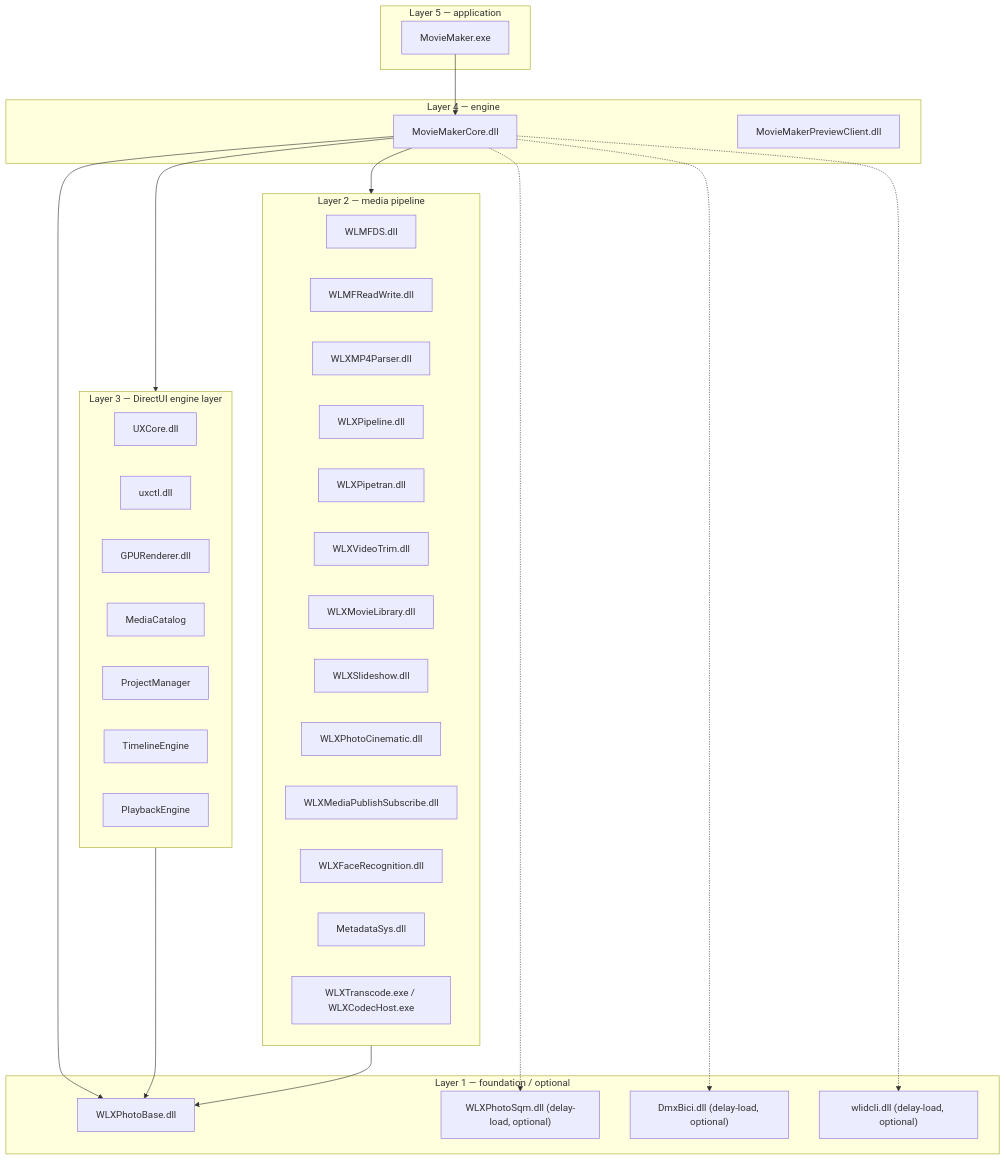
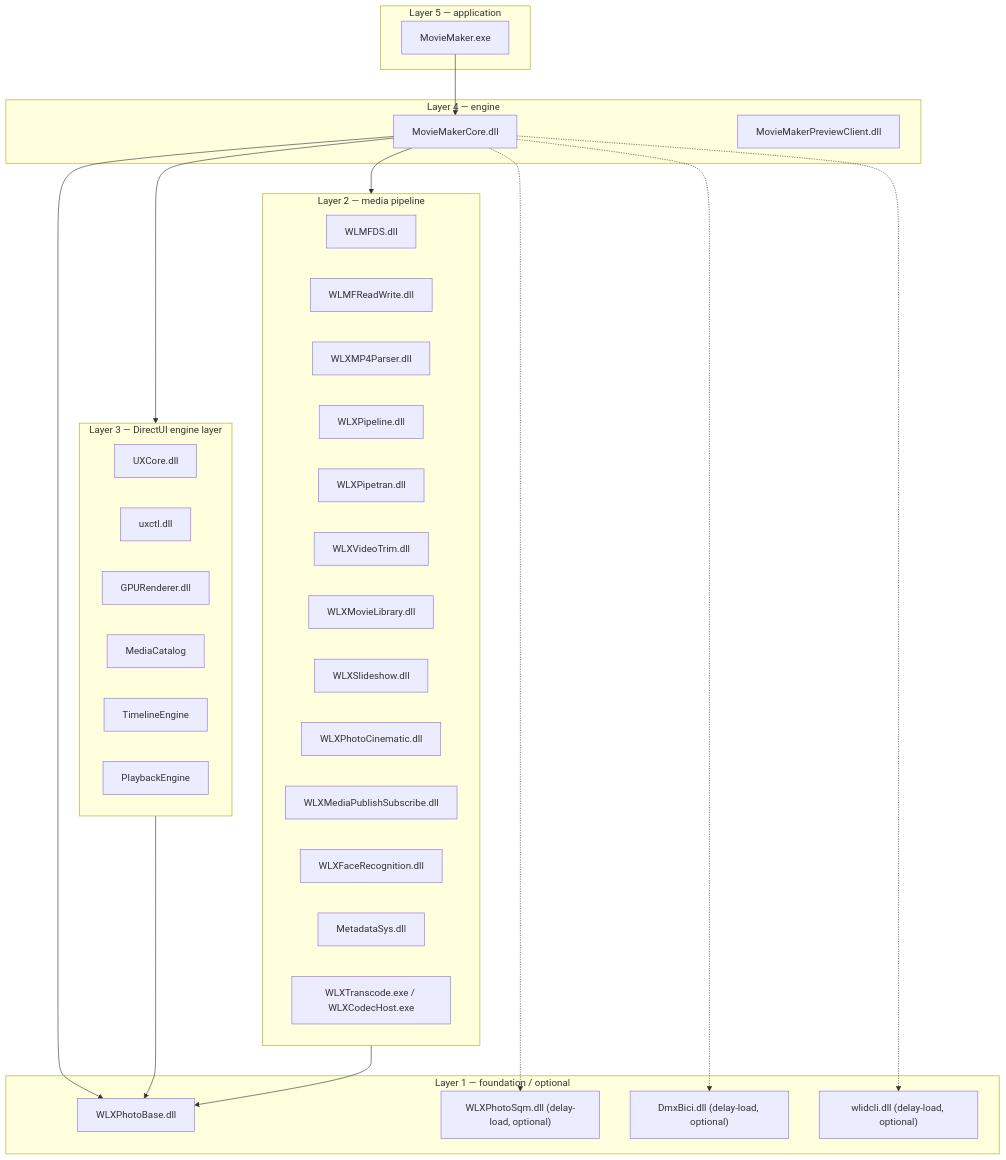
One commit to havaianasdestruido/WindowsMovieMakerDecomp changed the diagram in website/docs/architecture/module-map.md. Above: the diagram before and after it, drawn with Mermaid. The commit also changed other lines of this file and 14 other files, not shown here.

````diff
--- a/website/docs/architecture/module-map.md
+++ b/website/docs/architecture/module-map.md
@@ -50,50 +49,49 @@
 ```mermaid
 flowchart TD
     subgraph L5["Layer 5 — application"]
         MM["MovieMaker.exe"]
     end
     subgraph L4["Layer 4 — engine"]
         CORE["MovieMakerCore.dll"]
         MPC["MovieMakerPreviewClient.dll"]
     end
     subgraph L3["Layer 3 — DirectUI engine layer"]
         UX["UXCore.dll"]
         UXC["uxctl.dll"]
         GPU["GPURenderer.dll"]
         MC["MediaCatalog"]
-        PM["ProjectManager"]
         TE["TimelineEngine"]
         PE["PlaybackEngine"]
     end
     subgraph L2["Layer 2 — media pipeline"]
         MFDS["WLMFDS.dll"]
         MFRW["WLMFReadWrite.dll"]
         MP4["WLXMP4Parser.dll"]
         PIPE["WLXPipeline.dll"]
         PT["WLXPipetran.dll"]
         VT["WLXVideoTrim.dll"]
         ML["WLXMovieLibrary.dll"]
         SL["WLXSlideshow.dll"]
         CIN["WLXPhotoCinematic.dll"]
         MPS["WLXMediaPublishSubscribe.dll"]
         FR["WLXFaceRecognition.dll"]
         MS["MetadataSys.dll"]
         TC["WLXTranscode.exe / WLXCodecHost.exe"]
     end
     subgraph L1["Layer 1 — foundation / optional"]
         PB["WLXPhotoBase.dll"]
         SQM["WLXPhotoSqm.dll (delay-load, optional)"]
         BICI["DmxBici.dll (delay-load, optional)"]
         WLID["wlidcli.dll (delay-load, optional)"]
     end
 
     MM --> CORE
     CORE --> L3
     CORE --> L2
     CORE --> PB
     CORE -.-> SQM
     CORE -.-> BICI
     CORE -.-> WLID
     L3 --> PB
     L2 --> PB
 ```
````
